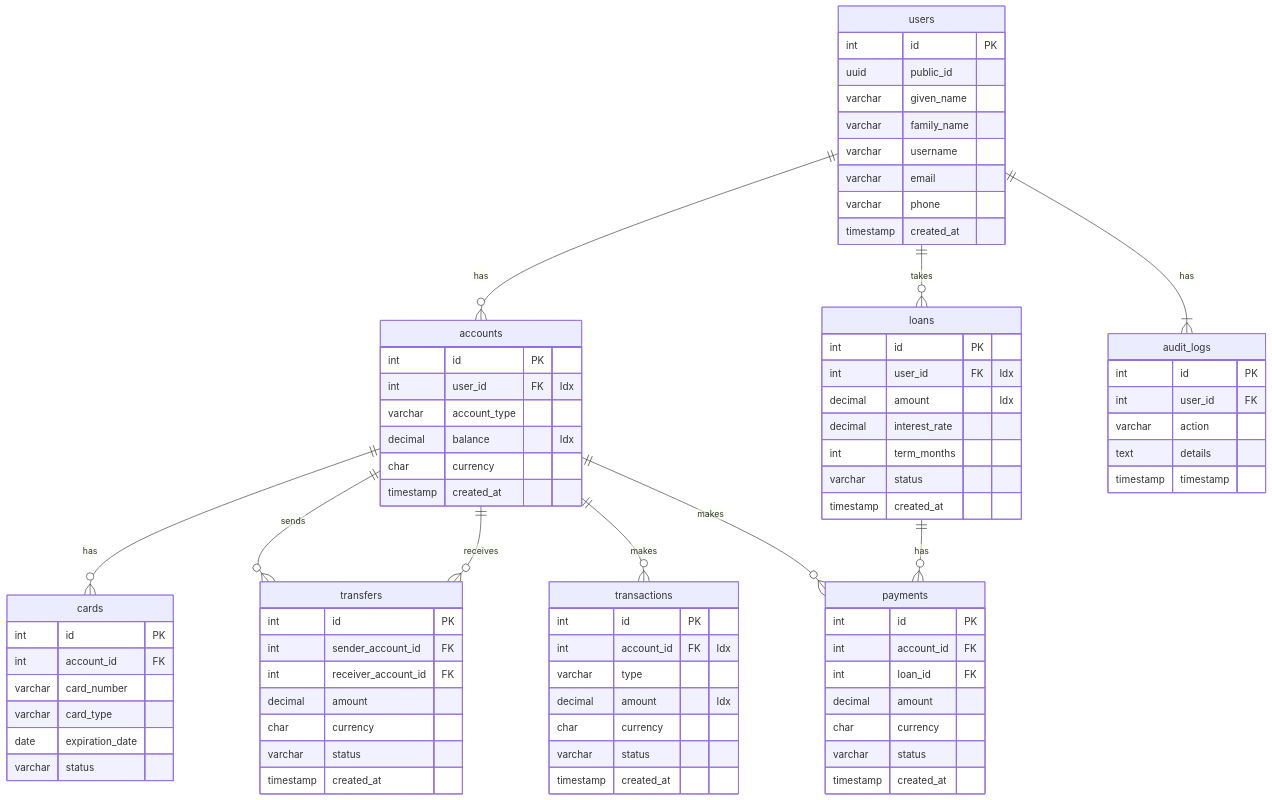
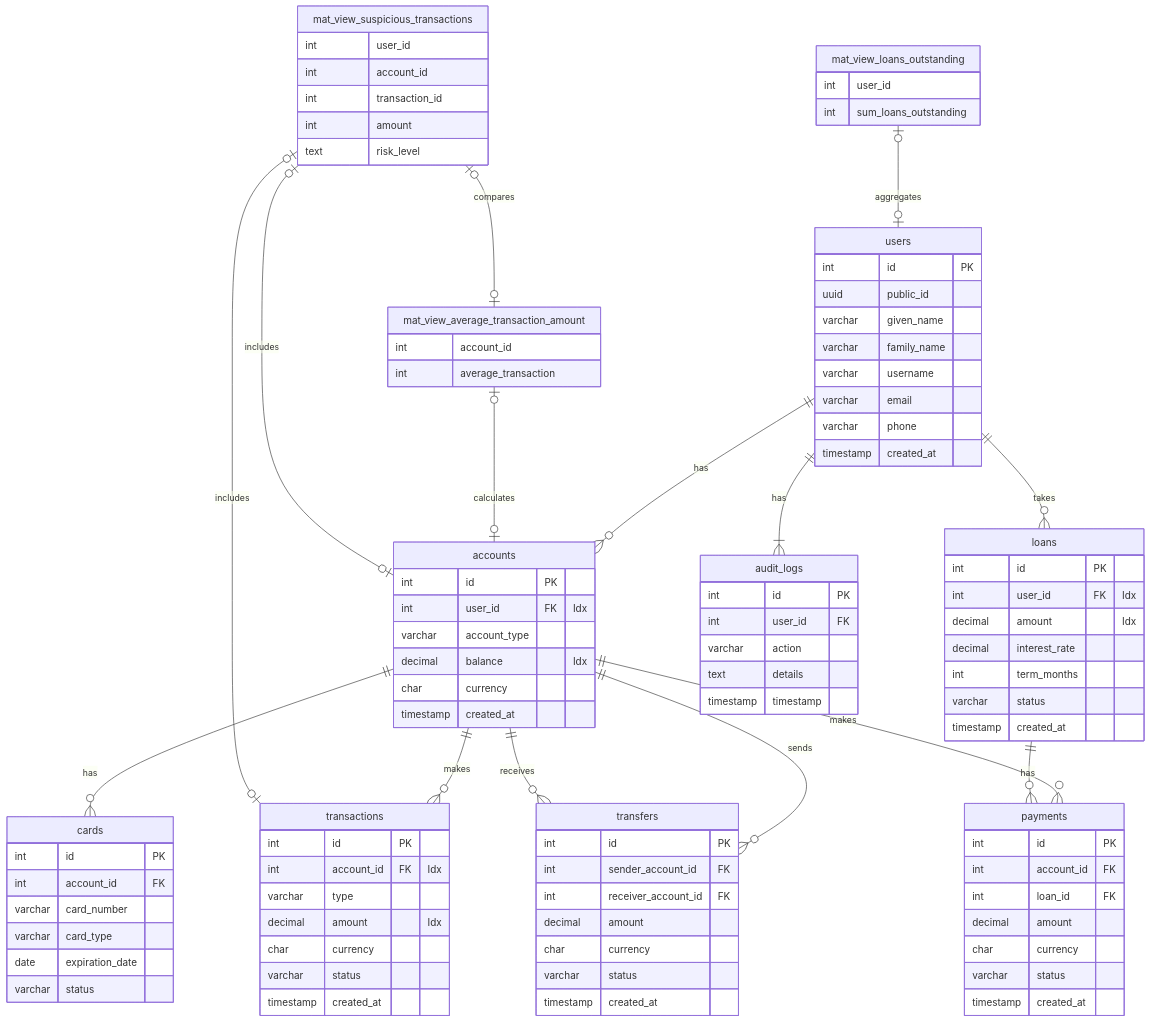
The diagram in README.md (W-E-Robinson/sql-optimisation-and-caching-experimentation), drawn with Mermaid before and after one commit. The commit also changed 3 other files, not shown here.

````diff
--- a/README.md
+++ b/README.md
@@ -98,4 +98,27 @@
         text details
         timestamp timestamp
     }
+    
+    mat_view_loans_outstanding |o--o| users : "aggregates"
+    mat_view_loans_outstanding {
+        int user_id
+        int sum_loans_outstanding
+    }
+
+    mat_view_average_transaction_amount |o--o| accounts : "calculates"
+    mat_view_average_transaction_amount {
+        int account_id
+        int average_transaction
+    }
+
+    mat_view_suspicious_transactions |o--o| transactions : "includes"
+    mat_view_suspicious_transactions |o--o| accounts : "includes"
+    mat_view_suspicious_transactions |o--o| mat_view_average_transaction_amount : "compares"
+    mat_view_suspicious_transactions {
+        int user_id
+        int account_id
+        int transaction_id
+        int amount
+        text risk_level
+    }
 ```
````
